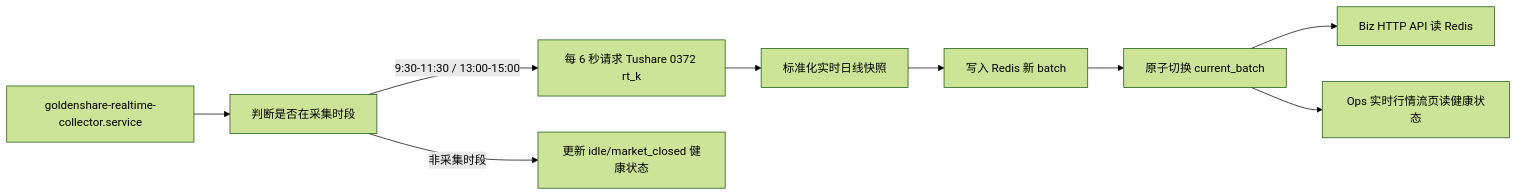
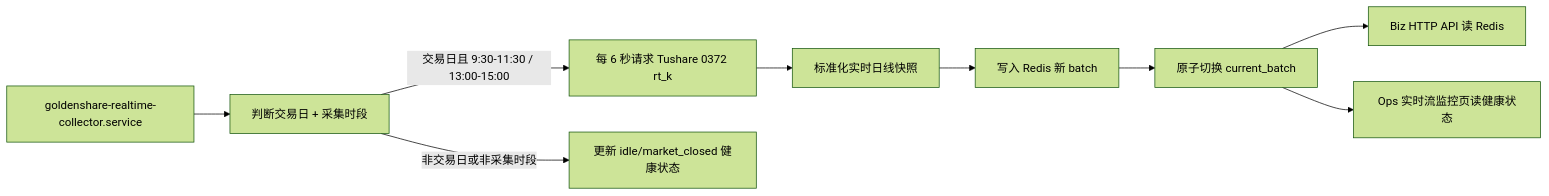
The first of 2 diagrams in docs/architecture/realtime-market-data-stream-technical-plan-v1.md (chiuser/goldenshare), drawn with Mermaid (forest theme) before and after one commit. The commit also changed other lines of this file and 28 other files, not shown here.

Commit message:
feat: add realtime market monitor skeleton

````diff
--- a/docs/architecture/realtime-market-data-stream-technical-plan-v1.md
+++ b/docs/architecture/realtime-market-data-stream-technical-plan-v1.md
@@ -85,11 +169,11 @@
 ```mermaid
 flowchart LR
-  A["goldenshare-realtime-collector.service"] --> B["判断是否在采集时段"]
-  B -->|9:30-11:30 / 13:00-15:00| C["每 6 秒请求 Tushare 0372 rt_k"]
-  B -->|非采集时段| I["更新 idle/market_closed 健康状态"]
+  A["goldenshare-realtime-collector.service"] --> B["判断交易日 + 采集时段"]
+  B -->|交易日且 9:30-11:30 / 13:00-15:00| C["每 6 秒请求 Tushare 0372 rt_k"]
+  B -->|非交易日或非采集时段| I["更新 idle/market_closed 健康状态"]
   C --> D["标准化实时日线快照"]
   D --> E["写入 Redis 新 batch"]
   E --> F["原子切换 current_batch"]
   F --> G["Biz HTTP API 读 Redis"]
-  F --> H["Ops 实时行情流页读健康状态"]
+  F --> H["Ops 实时流监控页读健康状态"]
 ```
````
